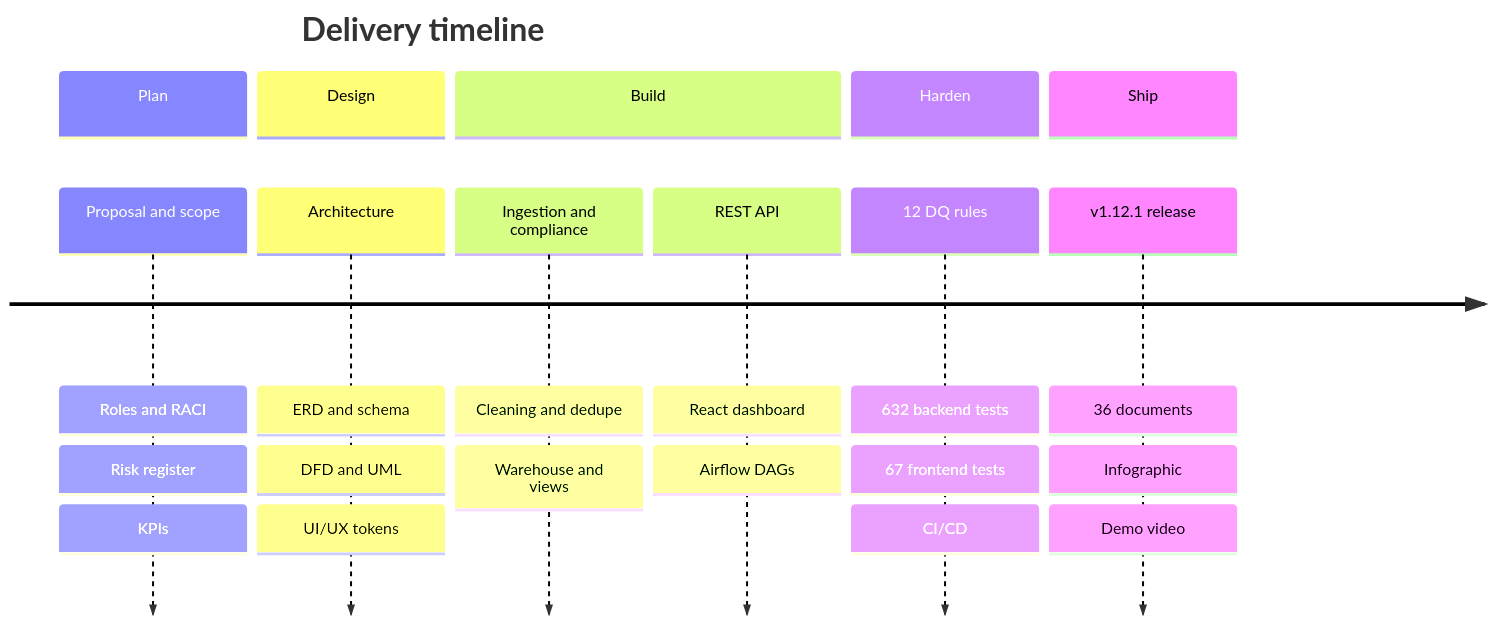
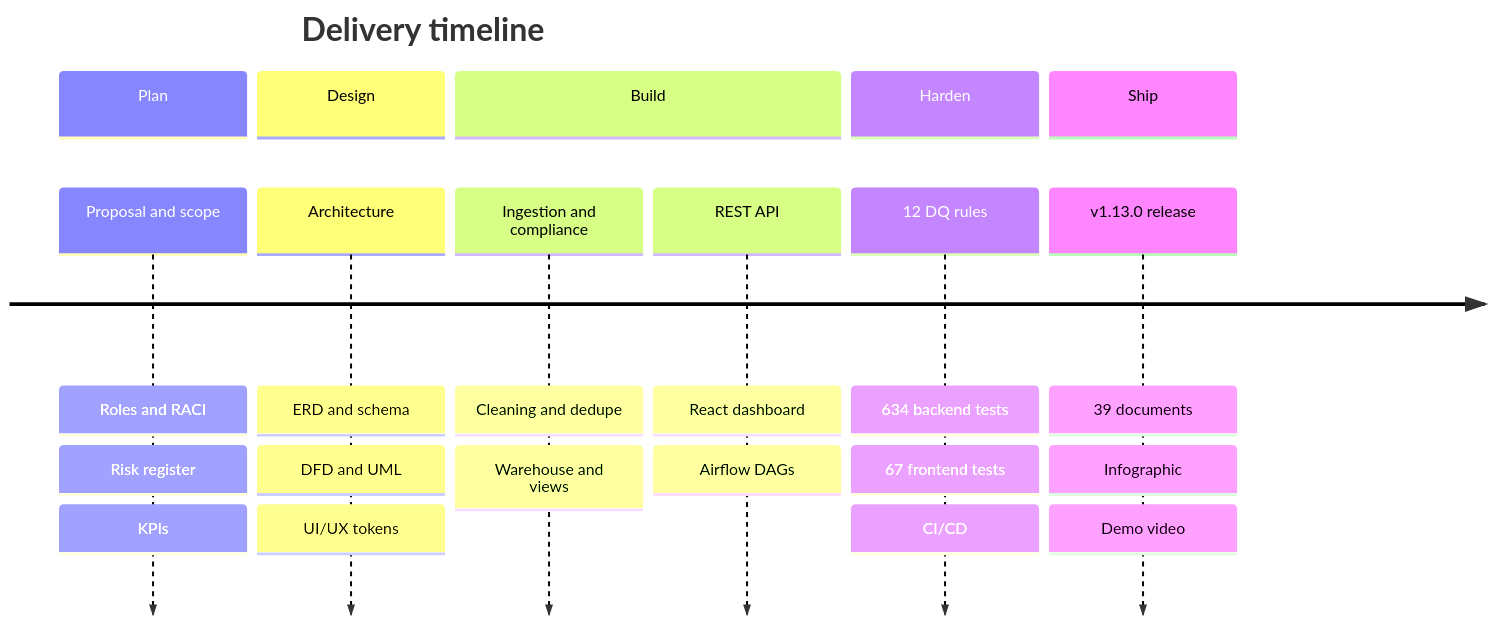
The fourth of 8 diagrams in docs/38_extended_diagram_suite.md (Ahmedbakr78/Web-to-Warehouse-Product-Intelligence-Pipeline), drawn with Mermaid before and after one commit. The commit also changed other lines of this file and 189 other files, not shown here.

Commit message:
release: v1.13.0 — green CI parity, analytics demo rollup, 375px UI polish & synced docs

````diff
--- a/docs/38_extended_diagram_suite.md
+++ b/docs/38_extended_diagram_suite.md
@@ -79,15 +79,15 @@
 ```mermaid
 timeline
     title Delivery timeline
     section Plan
       Proposal and scope : Roles and RACI : Risk register : KPIs
     section Design
       Architecture : ERD and schema : DFD and UML : UI/UX tokens
     section Build
       Ingestion and compliance : Cleaning and dedupe : Warehouse and views
       REST API : React dashboard : Airflow DAGs
     section Harden
-      12 DQ rules : 632 backend tests : 67 frontend tests : CI/CD
+      12 DQ rules : 634 backend tests : 67 frontend tests : CI/CD
     section Ship
-      v1.12.1 release : 36 documents : Infographic : Demo video
+      v1.13.0 release : 39 documents : Infographic : Demo video
 ```
````
